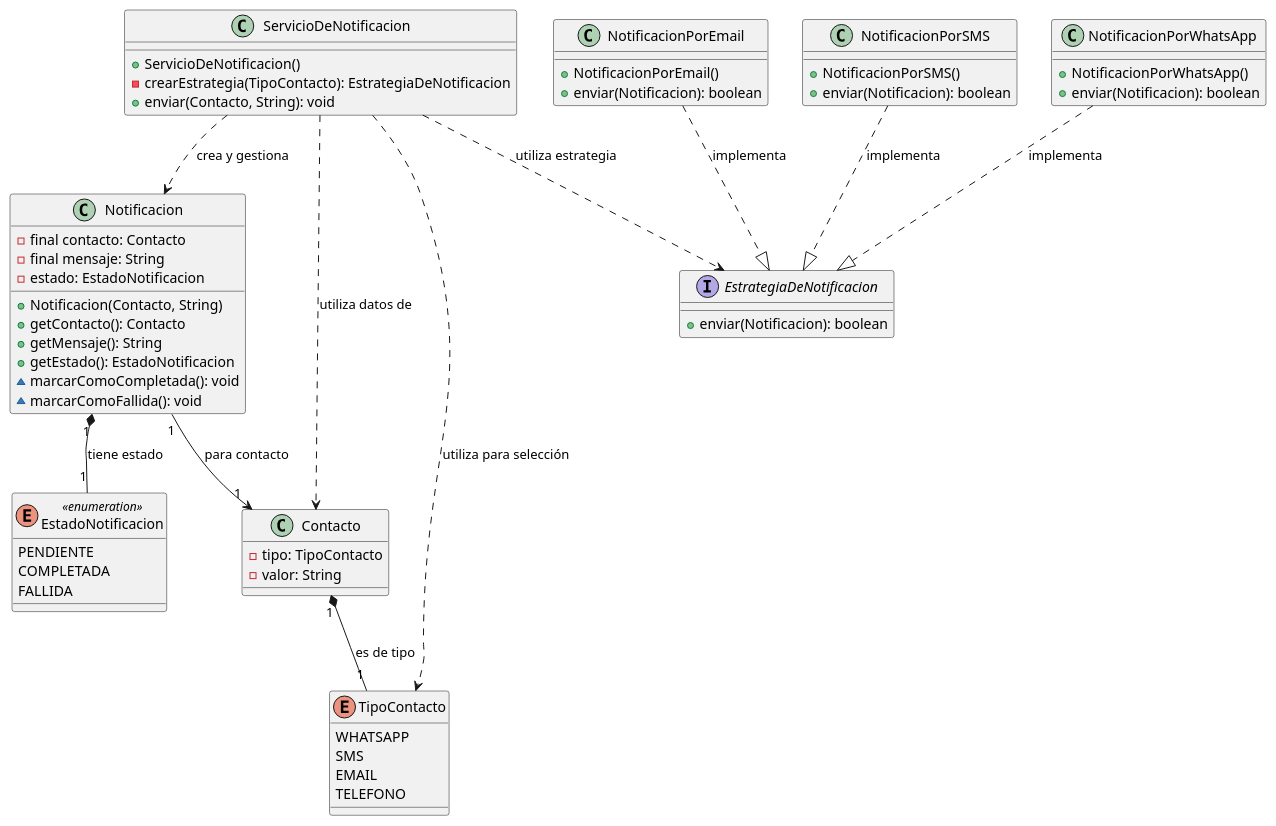
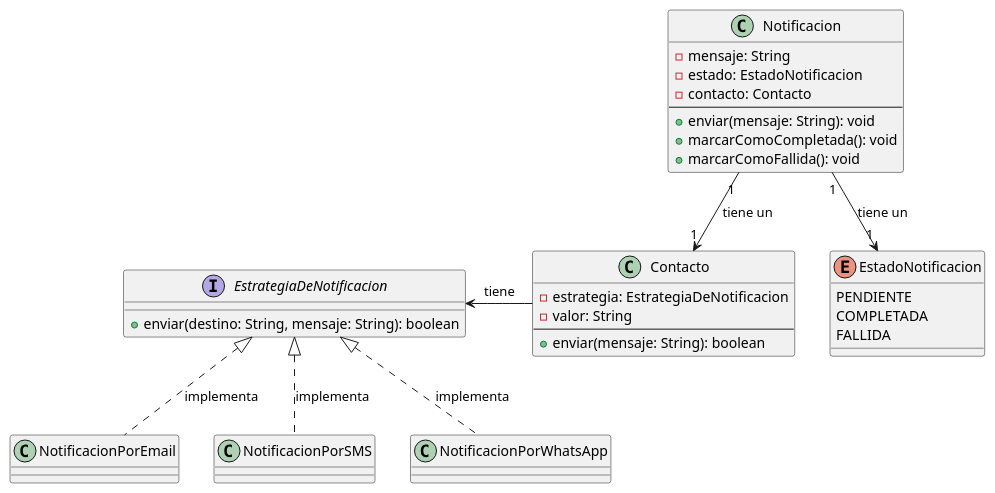
One commit to santiparis/dona-track changed the diagram in documentacion/entrega1/dc_notificacion.puml. Above: the diagram before and after it, drawn with PlantUML. The commit also changed 207 other files, not shown here.

```diff
--- a/documentacion/entrega1/dc_notificacion.puml
+++ b/documentacion/entrega1/dc_notificacion.puml
@@ -1,73 +1,46 @@
 @startuml
 
+ class Contacto {
+     - estrategia: EstrategiaDeNotificacion
+     - valor: String
+     --
+     + enviar(mensaje: String): boolean
+ }
 
+ enum EstadoNotificacion {
+     PENDIENTE
+     COMPLETADA
+     FALLIDA
+ }
 
-enum EstadoNotificacion << enumeration >> {
-  PENDIENTE
-  COMPLETADA
-  FALLIDA
-}
+ interface EstrategiaDeNotificacion {
+     + enviar(destino: String, mensaje: String): boolean
+ }
 
-interface EstrategiaDeNotificacion {
-  + enviar(Notificacion): boolean
-}
-class Notificacion {
-  - final contacto: Contacto
-  - final mensaje: String
-  - estado: EstadoNotificacion
-  + Notificacion(Contacto, String)
-  + getContacto(): Contacto
-  + getMensaje(): String
-  + getEstado(): EstadoNotificacion
-  ~ marcarComoCompletada(): void
-  ~ marcarComoFallida(): void
-}
-class NotificacionPorEmail {
-  + NotificacionPorEmail()
-  + enviar(Notificacion): boolean
-}
-class NotificacionPorSMS {
-  + NotificacionPorSMS()
-  + enviar(Notificacion): boolean
-}
-class NotificacionPorWhatsApp {
-  + NotificacionPorWhatsApp()
-  + enviar(Notificacion): boolean
-}
-class ServicioDeNotificacion {
-  + ServicioDeNotificacion()
-  - crearEstrategia(TipoContacto): EstrategiaDeNotificacion
-  + enviar(Contacto, String): void
-}
+ class Notificacion {
+     - mensaje: String
+     - estado: EstadoNotificacion
+     - contacto: Contacto
+     --
+     + enviar(mensaje: String): void
+     + marcarComoCompletada(): void
+     + marcarComoFallida(): void
+ }
 
-' Clases externas al paquete notificacion, pero con las que se relaciona
-class Contacto {
-  - tipo: TipoContacto
-  - valor: String
-  ' ... otros métodos y atributos no relevantes para esta vista ...
-}
-enum TipoContacto{
-  WHATSAPP
-  SMS
-  EMAIL
-  TELEFONO
-}
+ class NotificacionPorEmail
+ class NotificacionPorSMS
+ class NotificacionPorWhatsApp
 
-' Relaciones
+ ' Relaciones de Composición (Parte-Todo)
+ Contacto "1" <-up- "1" Notificacion: tiene un
+ Notificacion "1" --> "1" EstadoNotificacion : tiene un
 
-' Realizaciones (Implementaciones) de EstrategiaDeNotificacion
-NotificacionPorEmail      ..|>  EstrategiaDeNotificacion : implementa
-NotificacionPorSMS        ..|>  EstrategiaDeNotificacion : implementa
-NotificacionPorWhatsApp   ..|>  EstrategiaDeNotificacion : implementa
+ ' Relaciones de Dependencia (Uso)
+ Contacto -left-> EstrategiaDeNotificacion : tiene
 
-' Asociaciones de Notificacion
-Notificacion "1" *-- "1" EstadoNotificacion : tiene estado
-Notificacion "1" --> "1" Contacto : para contacto
-Contacto "1" *-- "1" TipoContacto : es de tipo
+ ' Relaciones de Herencia (Implementación)
+ NotificacionPorEmail .up.|> EstrategiaDeNotificacion : implementa
+ NotificacionPorSMS .up.|> EstrategiaDeNotificacion : implementa
+ NotificacionPorWhatsApp .up.|> EstrategiaDeNotificacion : implementa
 
-' Dependencias de ServicioDeNotificacion
-ServicioDeNotificacion ..> EstrategiaDeNotificacion : utiliza estrategia
-ServicioDeNotificacion ..> Notificacion : crea y gestiona
-ServicioDeNotificacion ..> Contacto : utiliza datos de
-ServicioDeNotificacion ..> TipoContacto : utiliza para selección
-@enduml
+ @enduml
```
